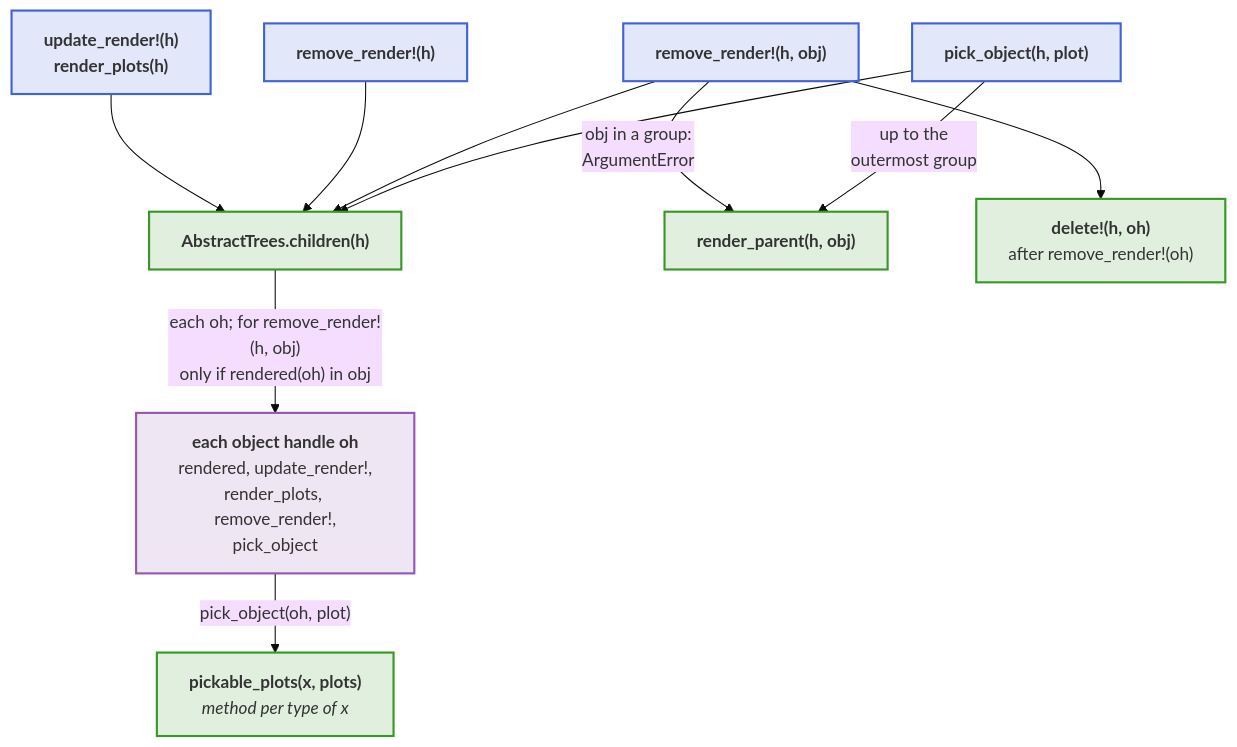
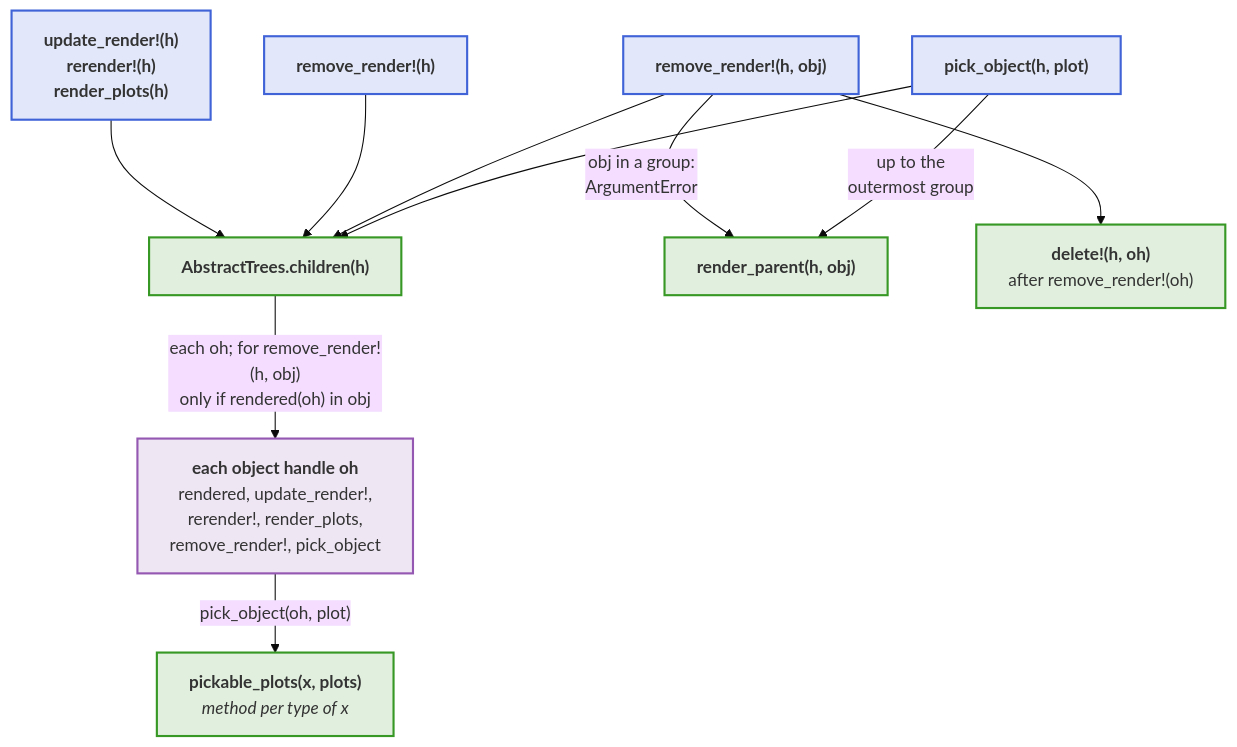
Before and after one commit to JuliaPhysics/BeamletOptics.jl: the third of 3 diagrams in docs/src/api/rendering.md, drawn with Mermaid (base theme). The commit also changed other lines of this file and 12 other files, not shown here.

First line of the commit message:
Feature: rerender! draws an object again after its shape changed (#224)

````diff
--- a/docs/src/api/rendering.md
+++ b/docs/src/api/rendering.md
@@ -101,29 +105,29 @@
 ```mermaid
 flowchart TB
-    UR["<b>update_render!(h)</b><br/><b>render_plots(h)</b>"]
+    UR["<b>update_render!(h)</b><br/><b>rerender!(h)</b><br/><b>render_plots(h)</b>"]
     REM0["<b>remove_render!(h)</b>"]
     REM["<b>remove_render!(h, obj)</b>"]
     PCK["<b>pick_object(h, plot)</b>"]
     CH["<b>AbstractTrees.children(h)</b>"]
     PAR["<b>render_parent(h, obj)</b>"]
     DEL["<b>delete!(h, oh)</b><br/>after remove_render!(oh)"]
-    OHM["<b>each object handle oh</b><br/>rendered, update_render!,<br/>render_plots, remove_render!,<br/>pick_object"]
+    OHM["<b>each object handle oh</b><br/>rendered, update_render!,<br/>rerender!, render_plots,<br/>remove_render!, pick_object"]
     PP["<b>pickable_plots(x, plots)</b><br/><i>method per type of x</i>"]
 
     UR --> CH
     REM0 --> CH
     REM --> CH
     REM -- "obj in a group:<br/>ArgumentError" --> PAR
     REM --> DEL
     PCK --> CH
     PCK -- "up to the<br/>outermost group" --> PAR
     CH -- "each oh; for remove_render!(h, obj)<br/>only if rendered(oh) in obj" --> OHM
     OHM -- "pick_object(oh, plot)" --> PP
 
     classDef blue fill:#4063D826,stroke:#4063D8,stroke-width:2px
     classDef green fill:#38982626,stroke:#389826,stroke-width:2px
     classDef purple fill:#9558B226,stroke:#9558B2,stroke-width:2px
     class UR,REM0,REM,PCK blue
     class CH,PAR,DEL,PP green
     class OHM purple
 ```
````
